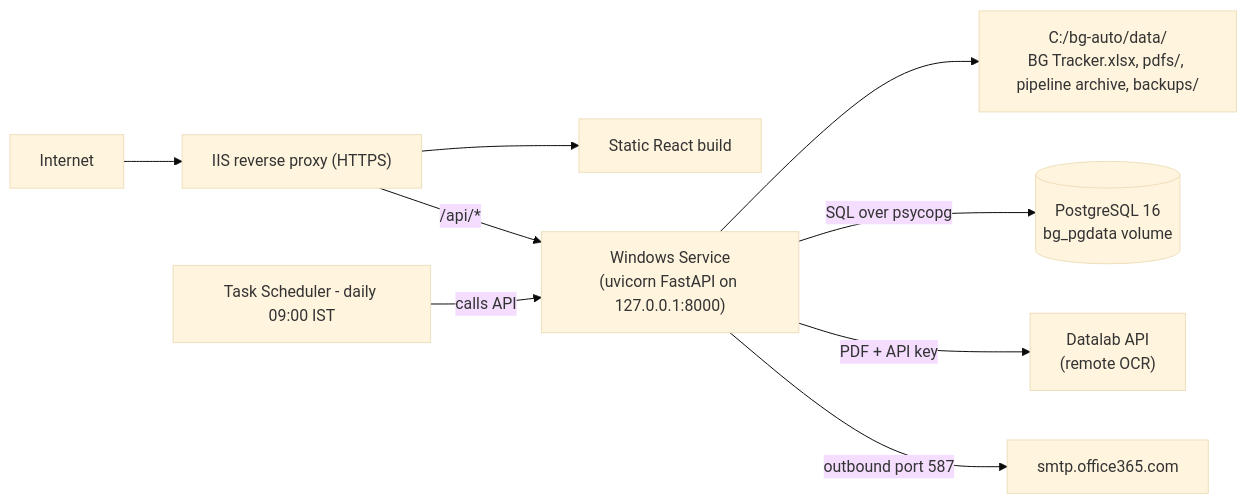
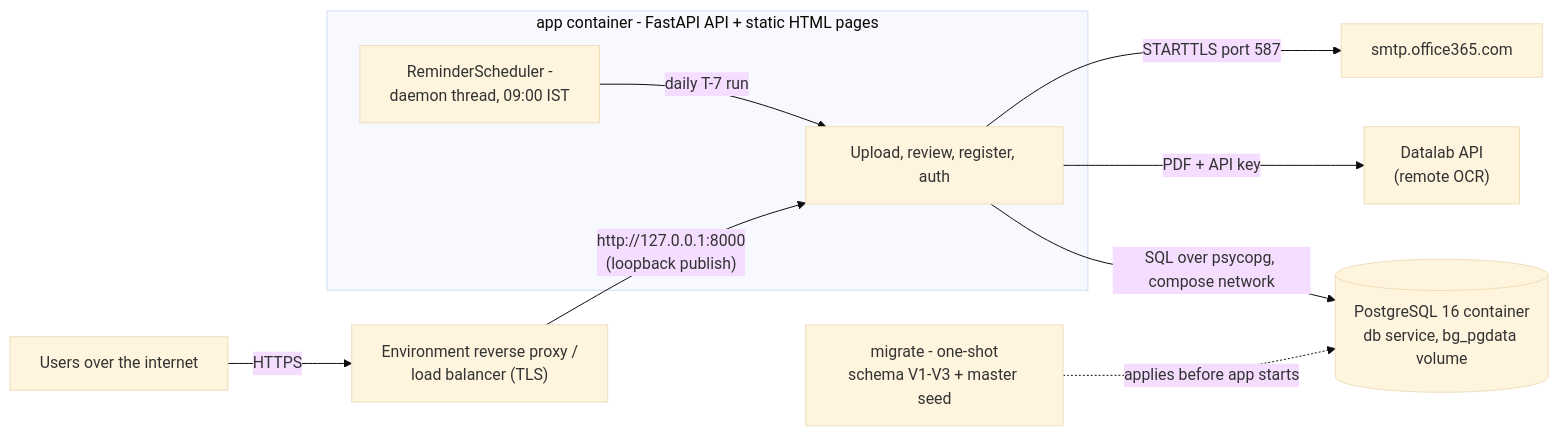
One commit to LaxmiKhilnani-nhit/Bank-Guarantee-Automation changed the third of 3 diagrams in plan/01-architecture.md. Above: the diagram before and after it, drawn with Mermaid (base theme). The commit also changed other lines of this file and 5 other files, not shown here.

````diff
--- a/plan/01-architecture.md
+++ b/plan/01-architecture.md
@@ -91,11 +91,14 @@
 ```mermaid
 flowchart LR
-  Internet --> IIS["IIS reverse proxy (HTTPS)"]
-  IIS --> FE["Static React build"]
-  IIS -->|"/api/*"| SVC["Windows Service\n(uvicorn FastAPI on 127.0.0.1:8000)"]
-  SVC --> DATA["C:/bg-auto/data/\nBG Tracker.xlsx, pdfs/, pipeline archive, backups/"]
-  SVC -->|SQL over psycopg| PG[("PostgreSQL 16\nbg_pgdata volume")]
-  SVC -->|PDF + API key| DIC["Datalab API\n(remote OCR)"]
-  SVC -->|outbound port 587| O365["smtp.office365.com"]
-  TS["Task Scheduler - daily 09:00 IST"] -->|calls API| SVC
+  Internet["Users over the internet"] -->|HTTPS| RP["Environment reverse proxy /\nload balancer (TLS)"]
+  RP -->|"http://127.0.0.1:8000\n(loopback publish)"| API
+  subgraph APP["app container - FastAPI API + static HTML pages"]
+    API["Upload, review, register, auth"]
+    SCH["ReminderScheduler -\ndaemon thread, 09:00 IST"]
+    SCH -->|daily T-7 run| API
+  end
+  API -->|SQL over psycopg, compose network| PG[("PostgreSQL 16 container\ndb service, bg_pgdata volume")]
+  MIG["migrate - one-shot\nschema V1-V3 + master seed"] -.->|applies before app starts| PG
+  API -->|PDF + API key| DIC["Datalab API\n(remote OCR)"]
+  API -->|STARTTLS port 587| O365["smtp.office365.com"]
 ```
````
